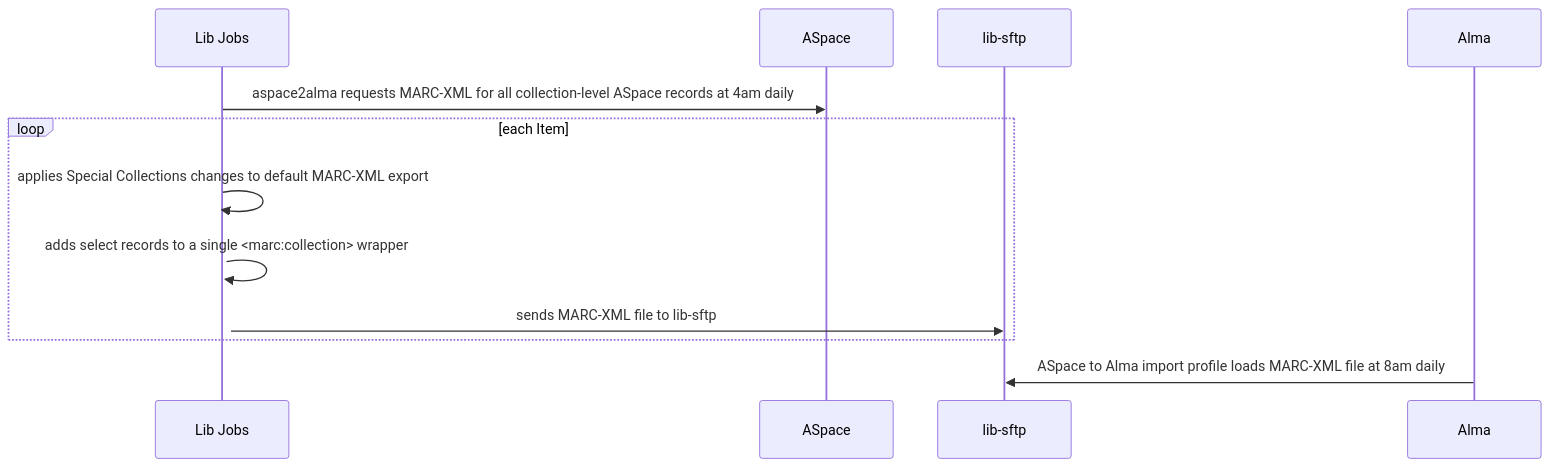
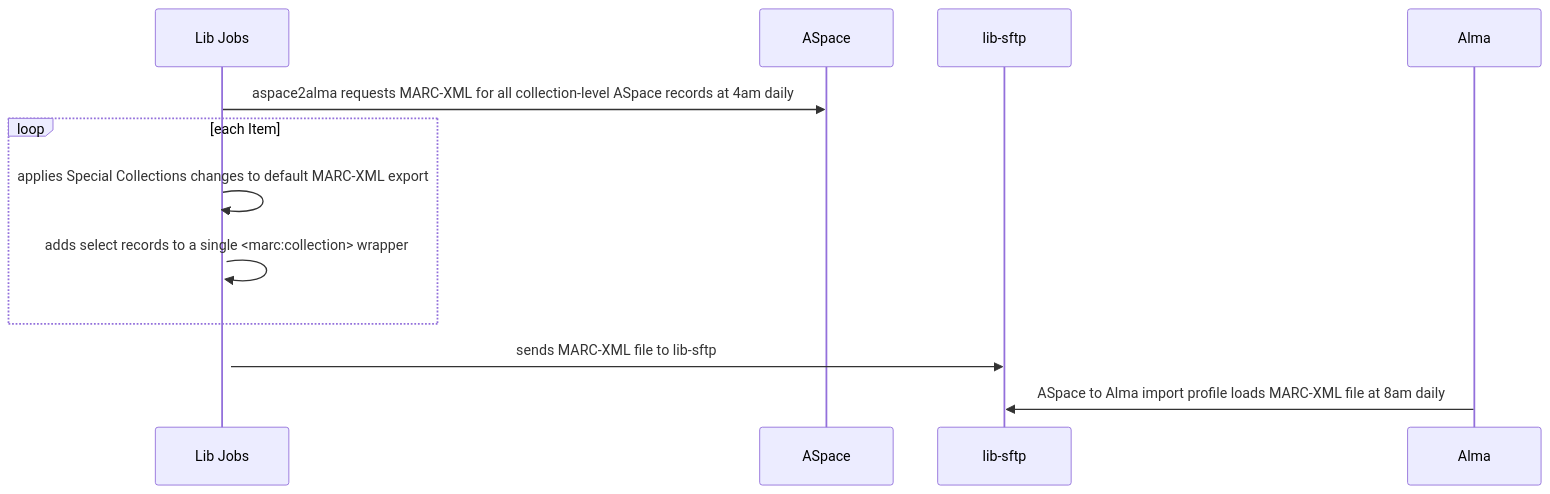
Before and after one commit to pulibrary/lib_jobs: the diagram in docs/aspace2alma/readme.md, drawn with Mermaid.

Commit message:
close loop one line higher up

````diff
--- a/docs/aspace2alma/readme.md
+++ b/docs/aspace2alma/readme.md
@@ -3,10 +3,10 @@
 ```mermaid
 sequenceDiagram
 Lib Jobs->>ASpace: aspace2alma requests MARC-XML for all collection-level ASpace records at 4am daily
 loop each Item
   Lib Jobs->>+Lib Jobs: applies Special Collections changes to default MARC-XML export
   Lib Jobs->>+Lib Jobs: adds select records to a single <marc:collection> wrapper
-  Lib Jobs->>lib-sftp: sends MARC-XML file to lib-sftp
 end
+Lib Jobs->>lib-sftp: sends MARC-XML file to lib-sftp
 Alma->>lib-sftp: ASpace to Alma import profile loads MARC-XML file at 8am daily
 ```
````
